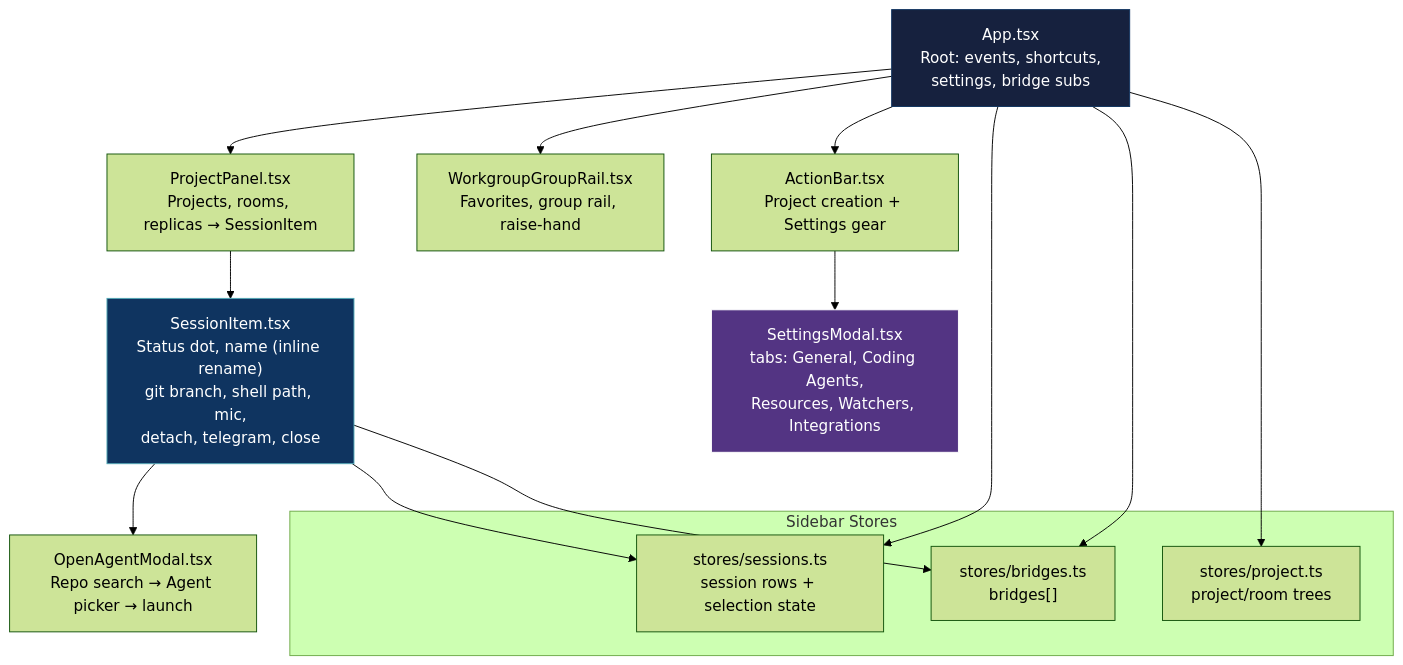
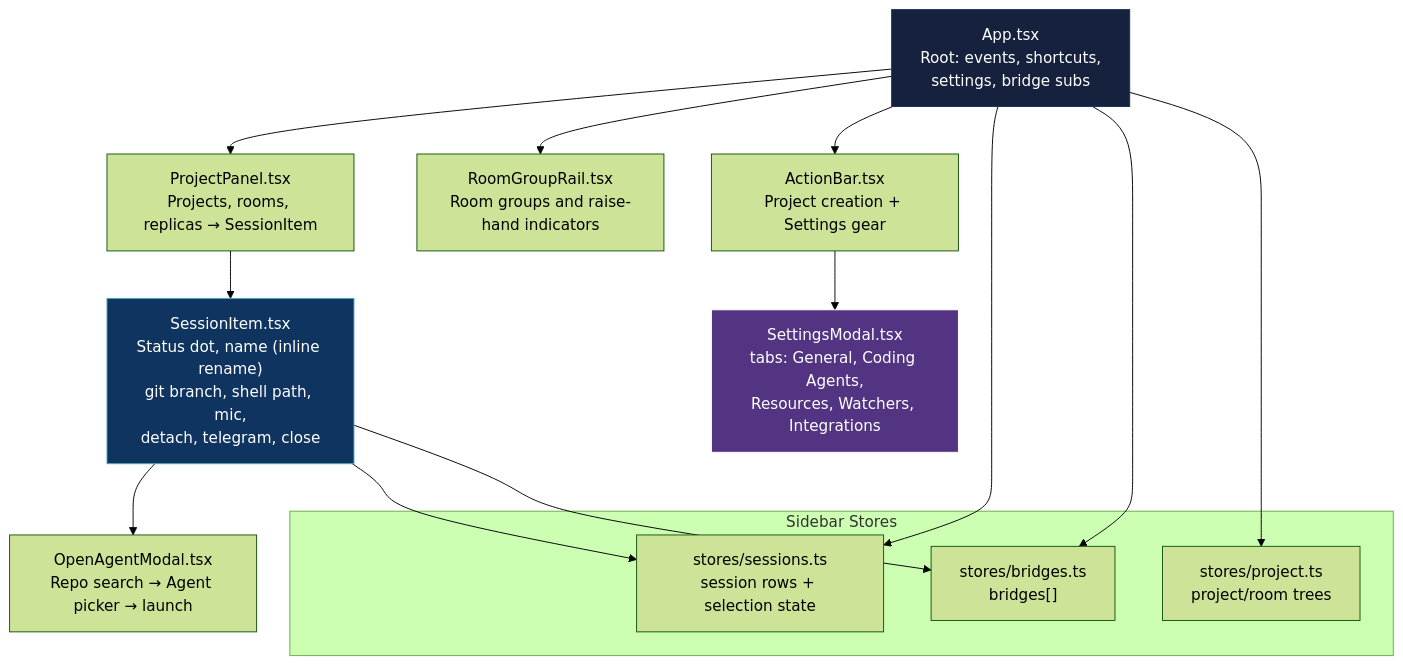
One commit to mblua/AgentsCommander changed the third of 14 diagrams in docs/reference/architecture.md. Above: the diagram before and after it, drawn with Mermaid (forest theme). The commit also changed other lines of this file, not shown here.

Commit message:
docs(architecture): drop stale version claim, add checked-at footer, fix stale names (#4526)

````diff
--- a/docs/reference/architecture.md
+++ b/docs/reference/architecture.md
@@ -253,29 +253,29 @@
 ```mermaid
 graph TD
     MA["App.tsx<br/>Root: events, shortcuts,<br/>settings, bridge subs"]
 
     MA --> PP["ProjectPanel.tsx<br/>Projects, rooms, replicas → SessionItem"]
-    MA --> WR["WorkgroupGroupRail.tsx<br/>Favorites, group rail, raise-hand"]
+    MA --> WR["RoomGroupRail.tsx<br/>Room groups and raise-hand indicators"]
     MA --> AB["ActionBar.tsx<br/>Project creation + Settings gear"]
 
     PP --> SI["SessionItem.tsx<br/>Status dot, name (inline rename)<br/>git branch, shell path, mic,<br/>detach, telegram, close"]
 
     AB --> SM["SettingsModal.tsx<br/>tabs: General, Coding Agents,<br/>Resources, Watchers, Integrations"]
     SI --> OA["OpenAgentModal.tsx<br/>Repo search → Agent picker → launch"]
 
     subgraph "Sidebar Stores"
         SS["stores/sessions.ts<br/>session rows + selection state"]
         BS["stores/bridges.ts<br/>bridges[]"]
         PS["stores/project.ts<br/>project/room trees"]
     end
 
     MA --> SS
     MA --> BS
     MA --> PS
     SI --> SS
     SI --> BS
 
     style MA fill:#16213e,stroke:#0f3460,color:#fff
     style SM fill:#533483,stroke:#fff,color:#fff
     style SI fill:#0f3460,stroke:#53a8b6,color:#fff
 ```
````
